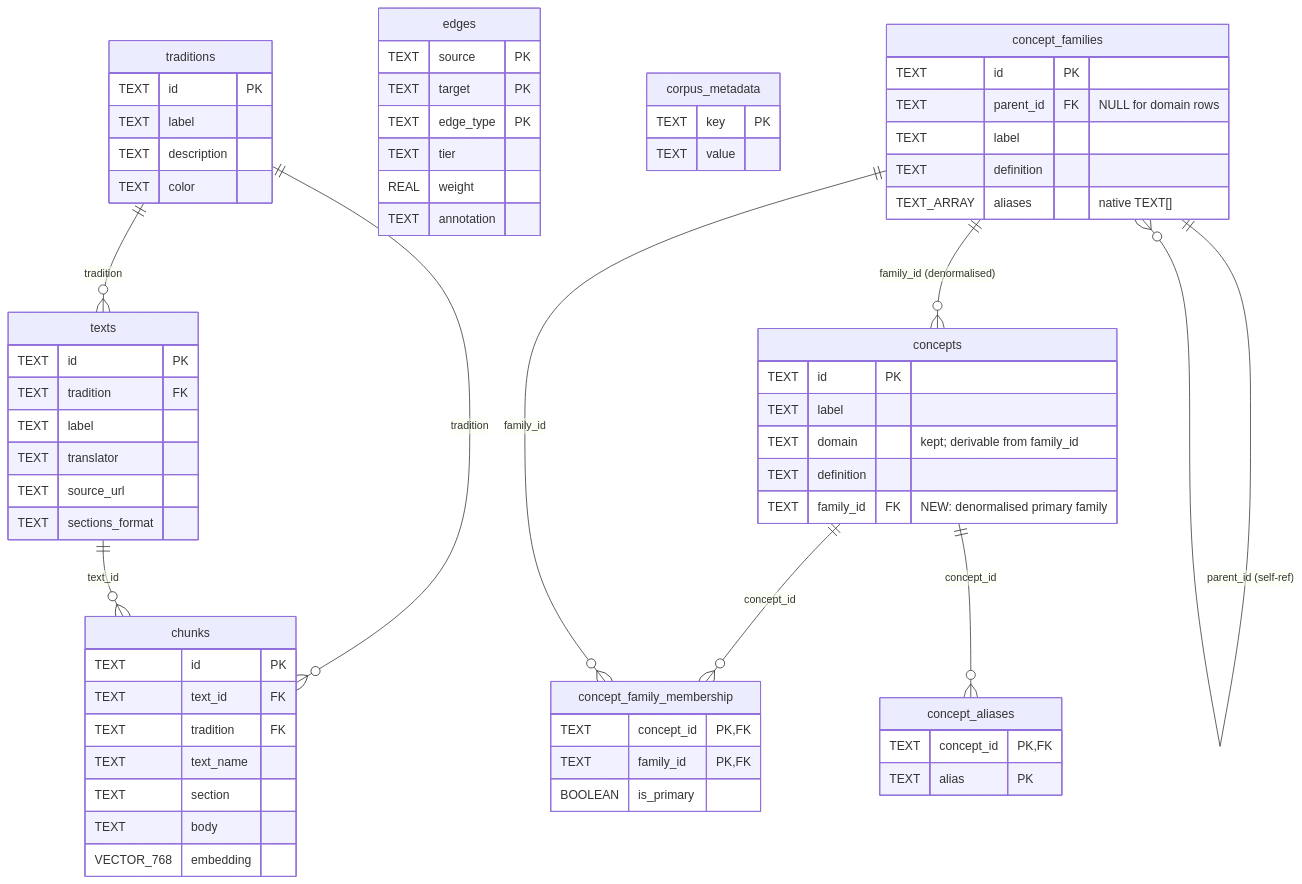
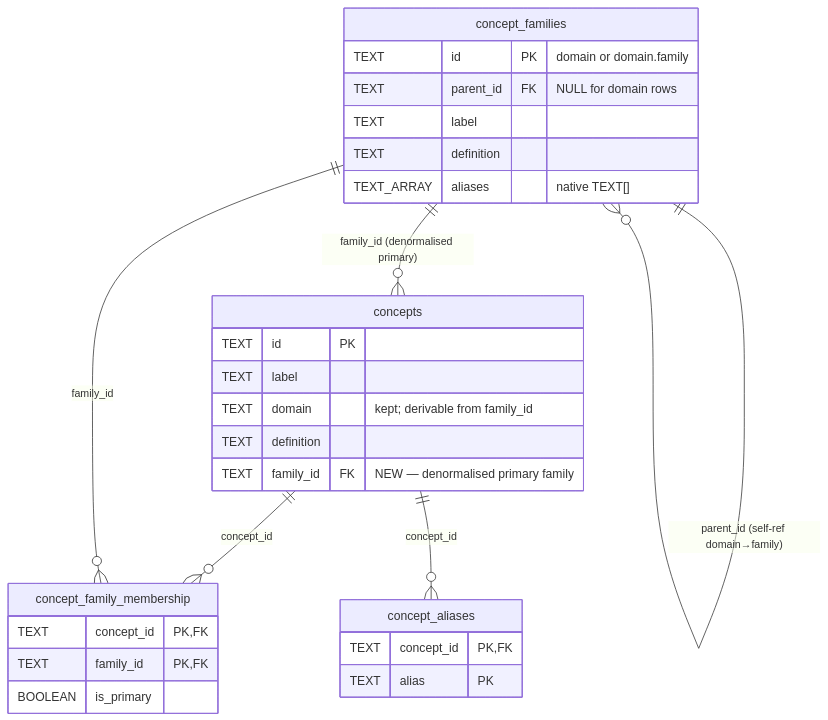
One commit to 4-R-C-4-N-4/guru changed the fourth of 4 diagrams in docs/concept-hierarchy/schema-diagrams.md. Above: the diagram before and after it, drawn with Mermaid. The commit also changed other lines of this file and 4 other files, not shown here.

First line of the commit message:
concept-hierarchy: split future-state diagrams to fix legibility

````diff
--- a/docs/concept-hierarchy/schema-diagrams.md
+++ b/docs/concept-hierarchy/schema-diagrams.md
@@ -278,79 +210,35 @@
 ```mermaid
 erDiagram
-    traditions {
-        TEXT id PK
-        TEXT label
-        TEXT description
-        TEXT color
-    }
-
-    texts {
-        TEXT id PK
-        TEXT tradition FK
-        TEXT label
-        TEXT translator
-        TEXT source_url
-        TEXT sections_format
-    }
-
     concepts {
         TEXT id PK
         TEXT label
         TEXT domain "kept; derivable from family_id"
         TEXT definition
-        TEXT family_id FK "NEW: denormalised primary family"
-    }
-
-    chunks {
-        TEXT id PK
-        TEXT text_id FK
-        TEXT tradition FK
-        TEXT text_name
-        TEXT section
-        TEXT body
-        VECTOR_768 embedding
-    }
-
-    edges {
-        TEXT source PK
-        TEXT target PK
-        TEXT edge_type PK
-        TEXT tier
-        REAL weight
-        TEXT annotation
-    }
-
-    corpus_metadata {
-        TEXT key PK
-        TEXT value
+        TEXT family_id FK "NEW — denormalised primary family"
     }
 
     concept_families {
-        TEXT id PK
+        TEXT id PK "domain or domain.family"
         TEXT parent_id FK "NULL for domain rows"
         TEXT label
         TEXT definition
         TEXT_ARRAY aliases "native TEXT[]"
     }
 
     concept_family_membership {
         TEXT concept_id PK, FK
         TEXT family_id PK, FK
         BOOLEAN is_primary
     }
 
     concept_aliases {
         TEXT concept_id PK, FK
         TEXT alias PK
     }
 
-    traditions ||--o{ texts : "tradition"
-    traditions ||--o{ chunks : "tradition"
-    texts ||--o{ chunks : "text_id"
-
-    concept_families ||--o{ concept_families : "parent_id (self-ref)"
-    concept_families ||--o{ concepts : "family_id (denormalised)"
+    concept_families ||--o{ concept_families : "parent_id (self-ref domain→family)"
+    concept_families ||--o{ concepts : "family_id (denormalised primary)"
     concepts ||--o{ concept_family_membership : "concept_id"
     concept_families ||--o{ concept_family_membership : "family_id"
     concepts ||--o{ concept_aliases : "concept_id"
 ```
````
